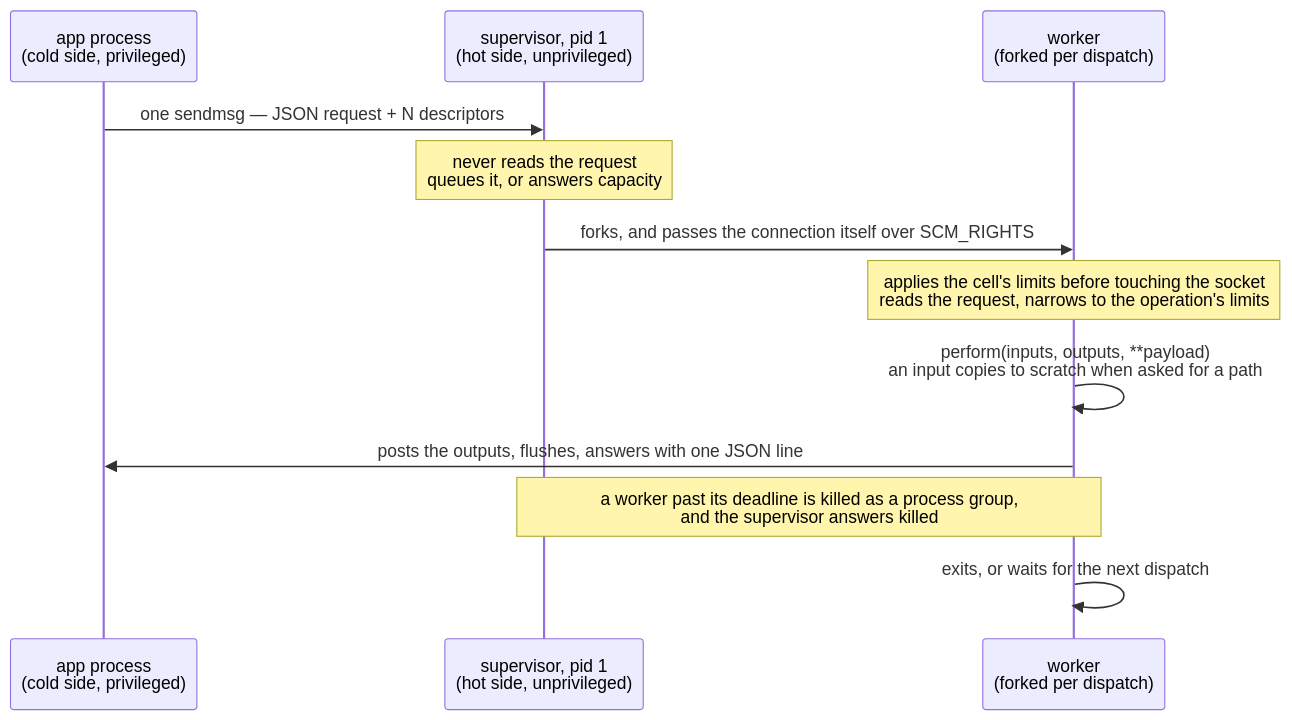
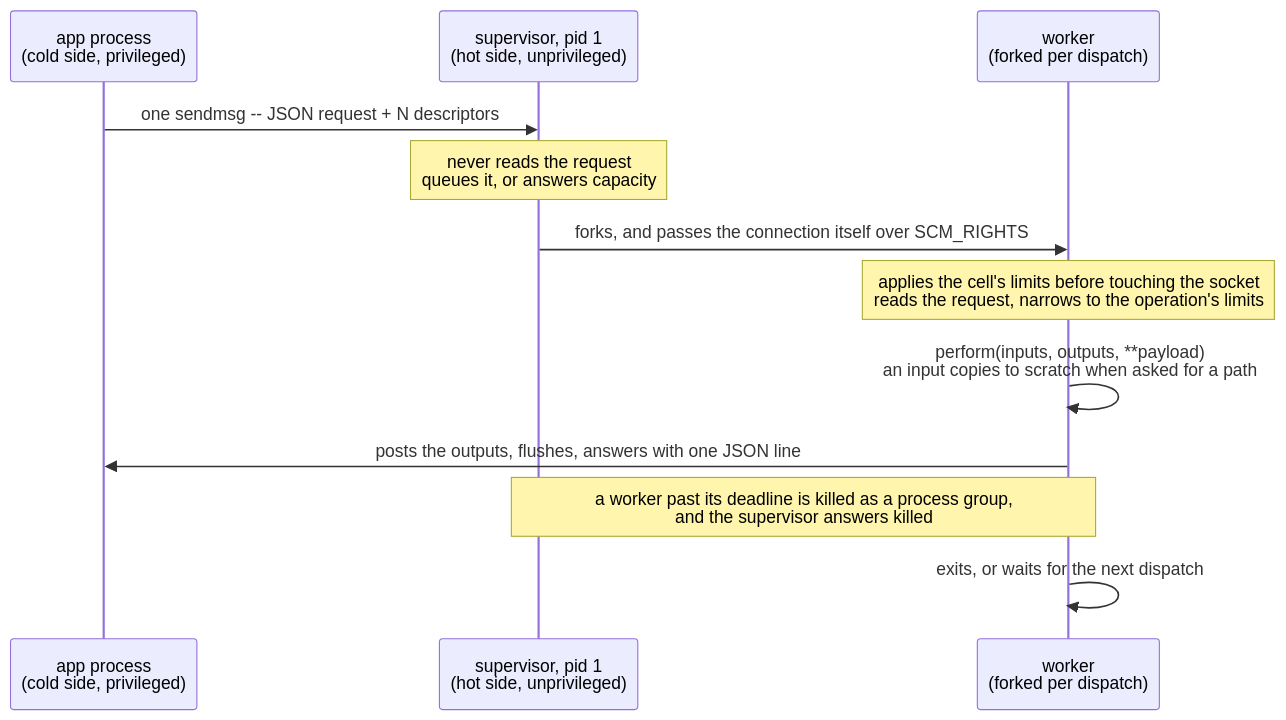
Before and after one commit to basecamp/hotcell: the diagram in README.md, drawn with Mermaid. The commit also changed other lines of this file, not shown here.

````diff
--- a/README.md
+++ b/README.md
@@ -133,15 +131,15 @@
 ```mermaid
 sequenceDiagram
     participant App as app process<br>(cold side, privileged)
     participant Supervisor as supervisor, pid 1<br>(hot side, unprivileged)
     participant Worker as worker<br>(forked per dispatch)
 
-    App->>Supervisor: one sendmsg — JSON request + N descriptors
+    App->>Supervisor: one sendmsg -- JSON request + N descriptors
     note over Supervisor: never reads the request<br>queues it, or answers capacity
     Supervisor->>Worker: forks, and passes the connection itself over SCM_RIGHTS
     note over Worker: applies the cell's limits before touching the socket<br>reads the request, narrows to the operation's limits
     Worker->>Worker: perform(inputs, outputs, **payload)<br>an input copies to scratch when asked for a path
     Worker->>App: posts the outputs, flushes, answers with one JSON line
     note over Supervisor,Worker: a worker past its deadline is killed as a process group,<br>and the supervisor answers killed
     Worker->>Worker: exits, or waits for the next dispatch
 ```
````
